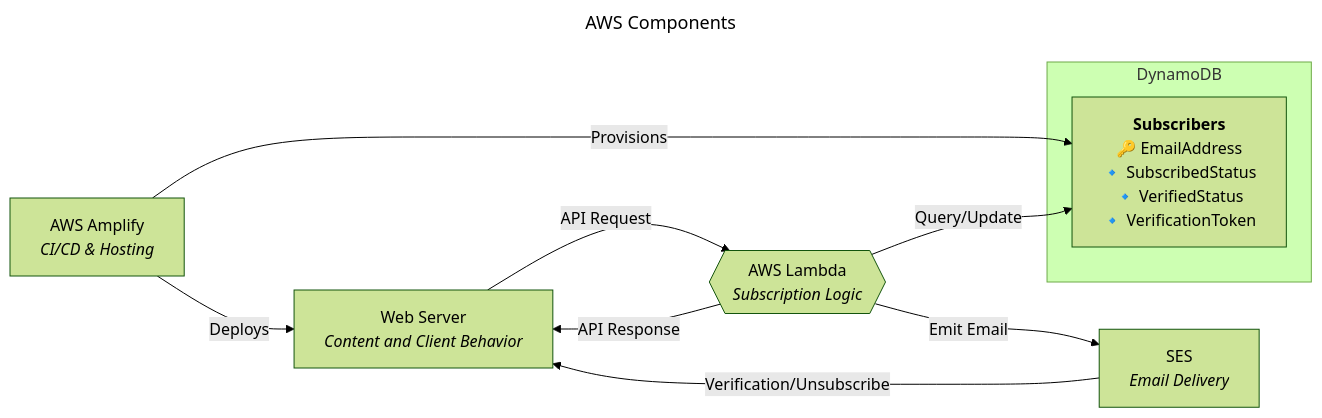
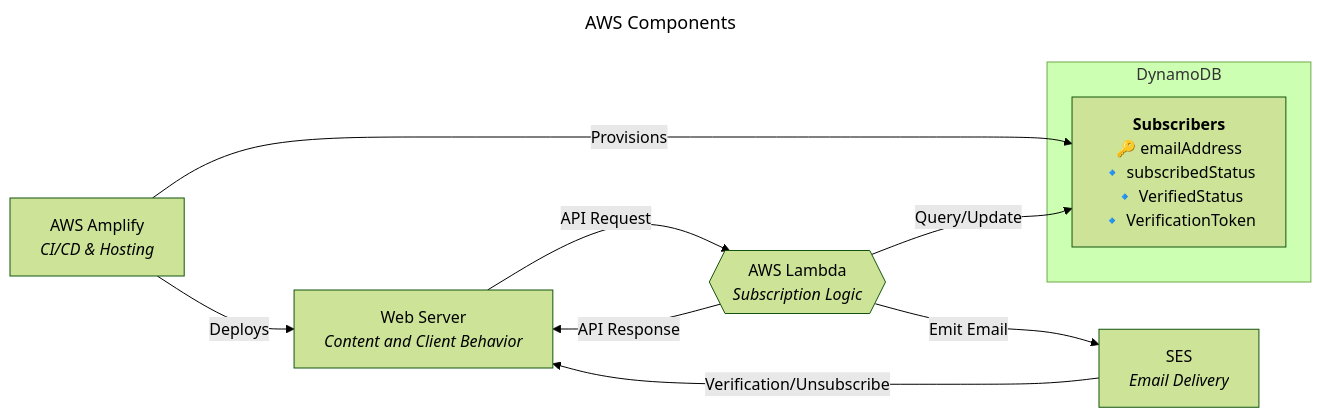
The first of 3 diagrams in design/subscriber_system.md (tapphughesn/blog), drawn with Mermaid (forest theme) before and after one commit. The commit also changed other lines of this file, not shown here.

````diff
--- a/design/subscriber_system.md
+++ b/design/subscriber_system.md
@@ -7,22 +7,22 @@
 ```mermaid
 ---
 title: AWS Components
 ---
 flowchart LR
     Amplify[AWS Amplify <br/> <i>CI/CD & Hosting</i>]
     Server[Web Server <br/> <i>Content and Client Behavior</i>]
     Lambda{{AWS Lambda <br/> <i>Subscription Logic</i>}}
     SES[SES <br/> <i>Email Delivery</i>]
 
     subgraph DynamoDB [DynamoDB]
-        DB["<b>Subscribers</b> <br/> 🔑 EmailAddress <br/> 🔹 SubscribedStatus <br/> 🔹 VerifiedStatus <br/> 🔹 VerificationToken"]
+        DB["<b>Subscribers</b> <br/> 🔑 emailAddress <br/> 🔹 subscribedStatus <br/> 🔹 VerifiedStatus <br/> 🔹 VerificationToken"]
     end
 
     Amplify -- Deploys --> Server
     Amplify -- Provisions --> DB
     Server -- API Request --> Lambda
     Lambda -- API Response --> Server
     Lambda -- Query/Update --> DB
     Lambda -- Emit Email --> SES
     SES -- Verification/Unsubscribe --> Server
 ```
````
